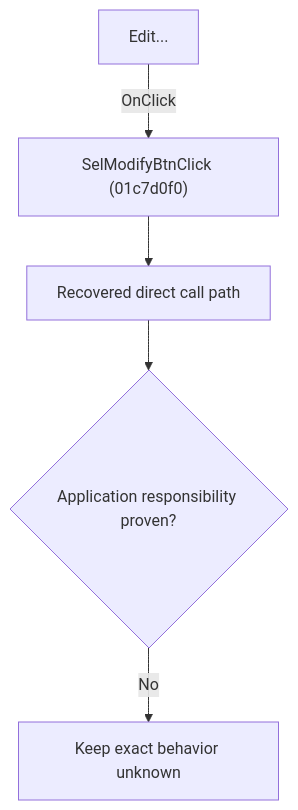
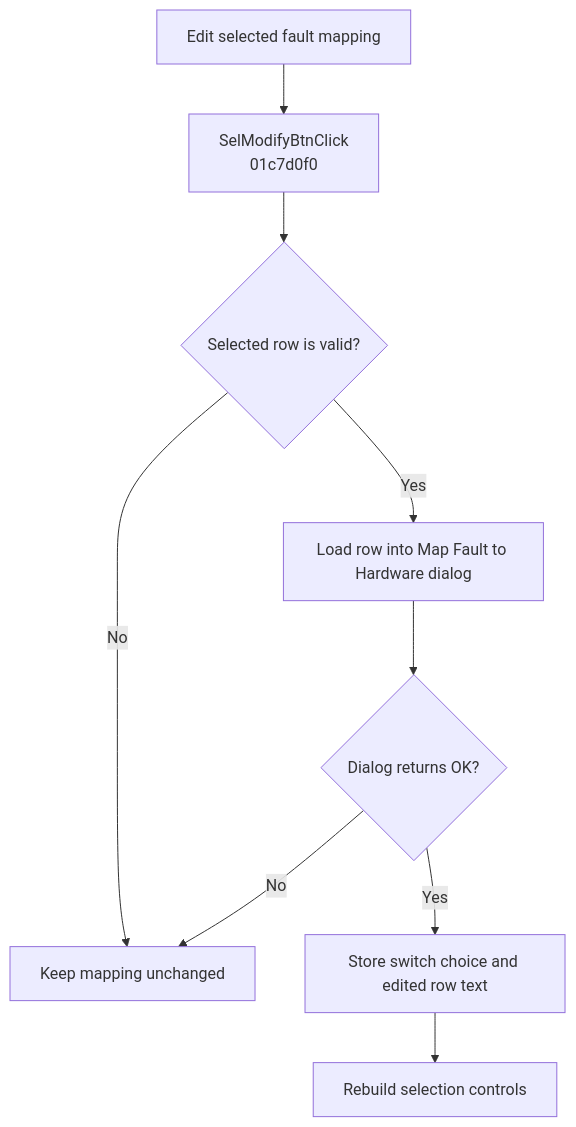
Before and after one commit to MovGP0/TIARA: the diagram in docs/ui-controls/schematiceditor/selmodifybtn-c3fd1d11a6.md, drawn with Mermaid. The commit also changed other lines of this file and 241 other files, not shown here.

````diff
--- a/docs/ui-controls/schematiceditor/selmodifybtn-c3fd1d11a6.md
+++ b/docs/ui-controls/schematiceditor/selmodifybtn-c3fd1d11a6.md
@@ -27,7 +29,11 @@
 ```mermaid
 flowchart TD
-    control["Edit..."] -->|"OnClick"| handler["SelModifyBtnClick (01c7d0f0)"]
-    handler --> recovered["Recovered direct call path"]
-    recovered --> gap{"Application responsibility proven?"}
-    gap -->|"No"| blocked["Keep exact behavior unknown"]
+    control["Edit selected fault mapping"] --> handler["SelModifyBtnClick<br/>01c7d0f0"]
+    handler --> valid{"Selected row is valid?"}
+    valid -->|"No"| noOp["Keep mapping unchanged"]
+    valid -->|"Yes"| dialog["Load row into Map Fault to Hardware dialog"]
+    dialog --> accepted{"Dialog returns OK?"}
+    accepted -->|"No"| noOp
+    accepted -->|"Yes"| update["Store switch choice and edited row text"]
+    update --> refresh["Rebuild selection controls"]
 ```
````
